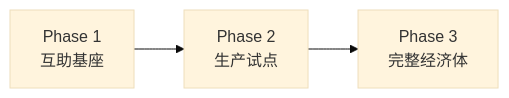
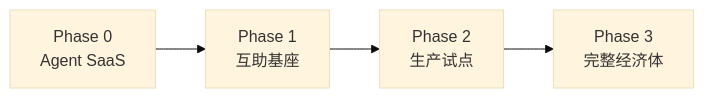
Before and after one commit to lengzhao/secure-base: the fifth of 5 diagrams in docs/design/mechanism-overview.md, drawn with Mermaid (base theme). The commit also changed other lines of this file and 5 other files, not shown here.

First line of the commit message:
docs: 添加 Phase 0 Agent 产品方案与冷启动路径

````diff
--- a/docs/design/mechanism-overview.md
+++ b/docs/design/mechanism-overview.md
@@ -184,5 +184,6 @@
 ```mermaid
 flowchart LR
-    P1[Phase 1<br/>互助基座] --> P2[Phase 2<br/>生产试点]
+    P0[Phase 0<br/>Agent SaaS] --> P1[Phase 1<br/>互助基座]
+    P1 --> P2[Phase 2<br/>生产试点]
     P2 --> P3[Phase 3<br/>完整经济体]
 ```
````
